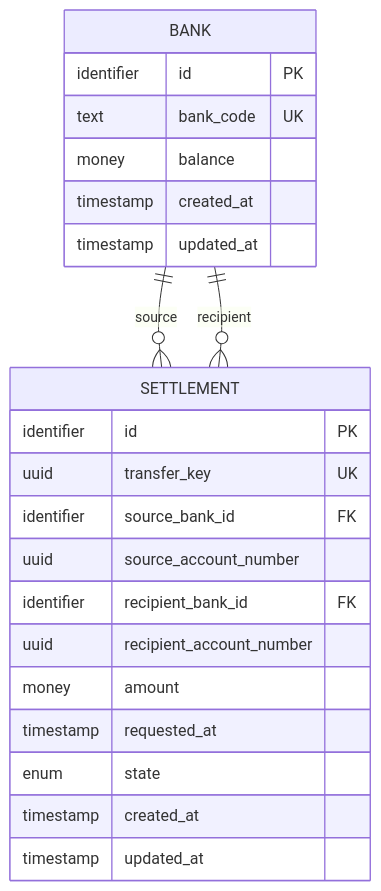
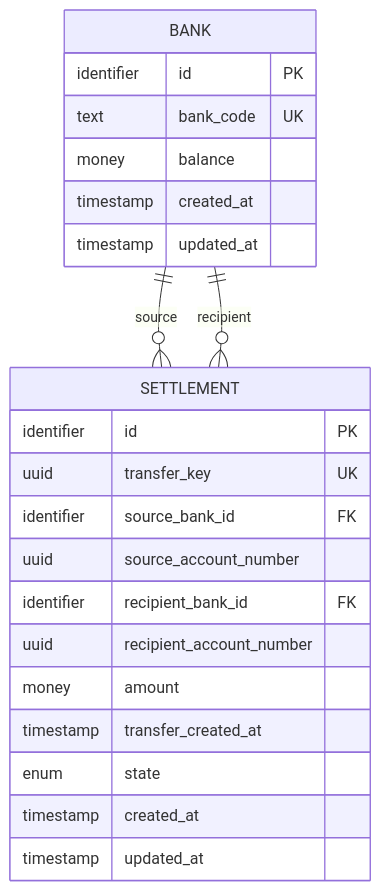
Before and after one commit to 2jun0/financial-system-backend: the second of 3 diagrams in docs/domain/erd.md, drawn with Mermaid. The commit also changed other lines of this file and 8 other files, not shown here.

````diff
--- a/docs/domain/erd.md
+++ b/docs/domain/erd.md
@@ -84,27 +86,27 @@
 ```mermaid
 erDiagram
     BANK ||--o{ SETTLEMENT : source
     BANK ||--o{ SETTLEMENT : recipient
 
     BANK {
         identifier id PK
         text bank_code UK
         money balance
         timestamp created_at
         timestamp updated_at
     }
 
     SETTLEMENT {
         identifier id PK
         uuid transfer_key UK
         identifier source_bank_id FK
         uuid source_account_number
         identifier recipient_bank_id FK
         uuid recipient_account_number
         money amount
-        timestamp requested_at
+        timestamp transfer_created_at
         enum state
         timestamp created_at
         timestamp updated_at
     }
 ```
````
